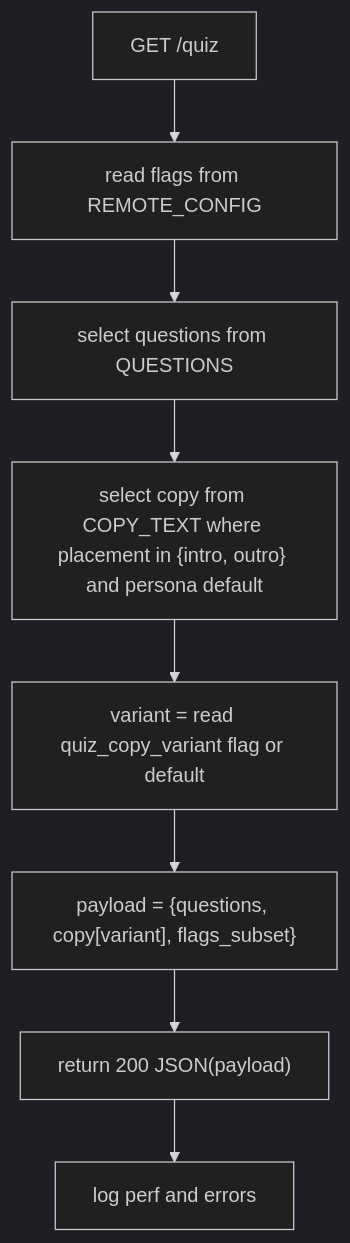
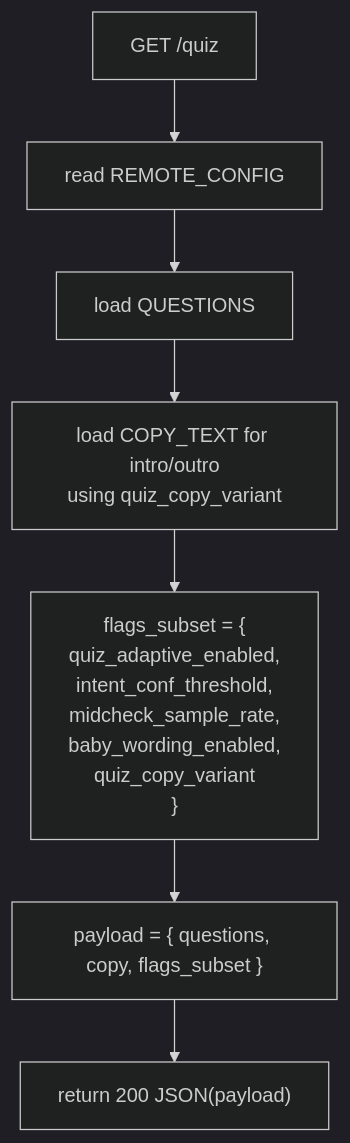
One commit to alexandrafofel/brightfutureahead changed the diagram in content/app-web/architecture/pre-mvp/get-quiz-build-payload-from-DB-and-flags.mmd. Above: the diagram before and after it, drawn with Mermaid (dark theme).

```diff
--- a/content/app-web/architecture/pre-mvp/get-quiz-build-payload-from-DB-and-flags.mmd
+++ b/content/app-web/architecture/pre-mvp/get-quiz-build-payload-from-DB-and-flags.mmd
@@ -1,8 +1,7 @@
 flowchart TD
-  A["GET /quiz"] --> B["read flags from REMOTE_CONFIG"]
-  B --> C["select questions from QUESTIONS"]
-  C --> D["select copy from COPY_TEXT where placement in {intro, outro} and persona default"]
-  D --> E["variant = read quiz_copy_variant flag or default"]
-  E --> F["payload = {questions, copy[variant], flags_subset}"]
+  A["GET /quiz"] --> B["read REMOTE_CONFIG"]
+  B --> C["load QUESTIONS"]
+  C --> D["load COPY_TEXT for intro/outro\nusing quiz_copy_variant"]
+  D --> E["flags_subset = {\n  quiz_adaptive_enabled,\n  intent_conf_threshold,\n  midcheck_sample_rate,\n  baby_wording_enabled,\n  quiz_copy_variant\n}"]
+  E --> F["payload = { questions, copy, flags_subset }"]
   F --> G["return 200 JSON(payload)"]
-  G --> H["log perf and errors"]
```
